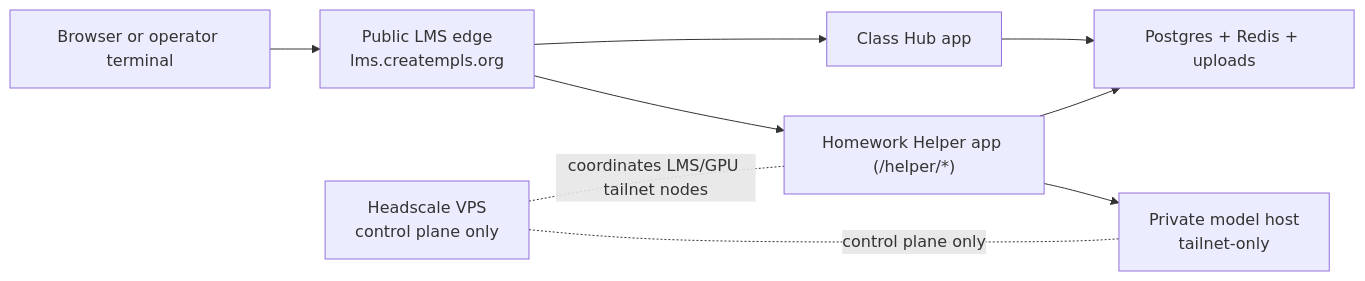
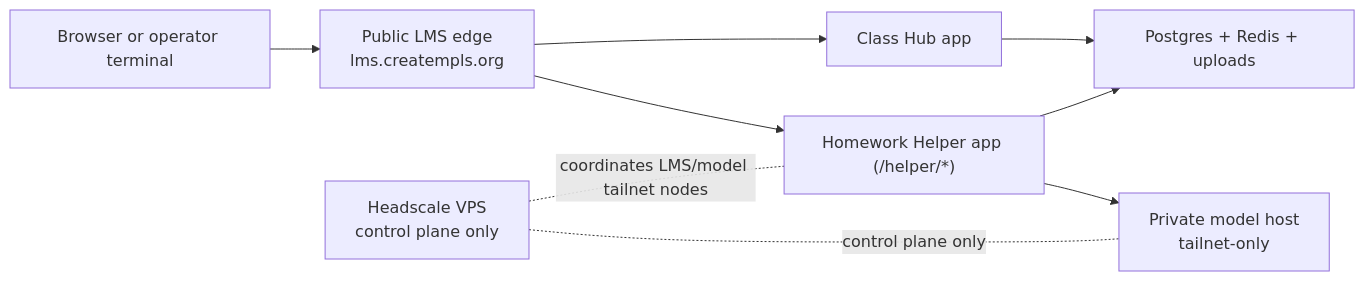
One commit to bseverns/classhub changed the diagram in README.md. Above: the diagram before and after it, drawn with Mermaid. The commit also changed other lines of this file and 13 other files, not shown here.

````diff
--- a/README.md
+++ b/README.md
@@ -48,19 +48,19 @@
 ```mermaid
 flowchart LR
   You["Browser or operator terminal"]
   Edge["Public LMS edge<br/>lms.creatempls.org"]
   Hub["Class Hub app"]
   Helper["Homework Helper app (/helper/*)"]
   Data["Postgres + Redis + uploads"]
   Model["Private model host<br/>tailnet-only"]
   Control["Headscale VPS<br/>control plane only"]
 
   You --> Edge
   Edge --> Hub
   Edge --> Helper
   Hub --> Data
   Helper --> Data
   Helper --> Model
-  Control -. coordinates LMS/GPU tailnet nodes .- Helper
+  Control -. coordinates LMS/model tailnet nodes .- Helper
   Control -. control plane only .- Model
 ```
````
